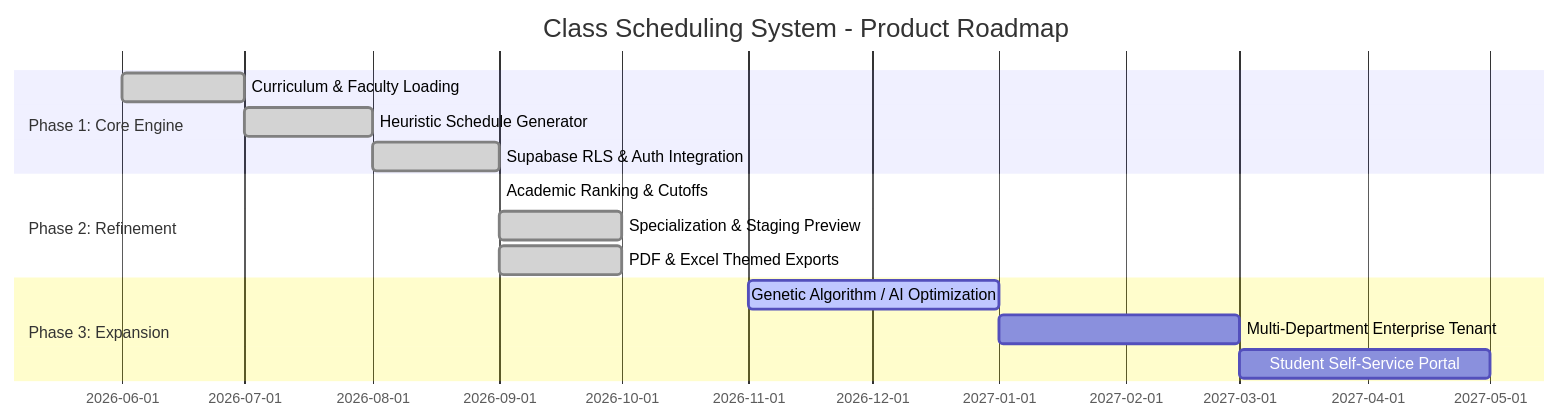
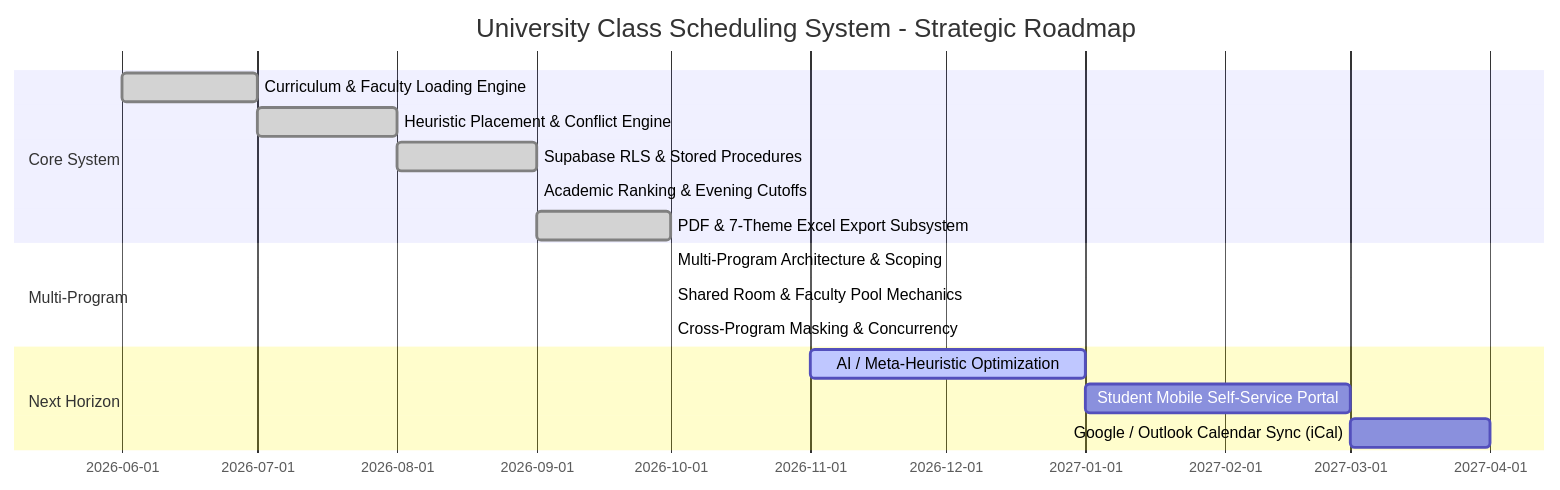
The fifth of 5 diagrams in PRD.md (YANAMI03/ClassScheduling), drawn with Mermaid before and after one commit. The commit also changed other lines of this file and 36 other files, not shown here.

````diff
--- a/PRD.md
+++ b/PRD.md
@@ -587,19 +666,21 @@
 ```mermaid
 gantt
-    title Class Scheduling System - Product Roadmap
+    title University Class Scheduling System - Strategic Roadmap
     dateFormat  YYYY-MM
-    section Phase 1: Core Engine
-    Curriculum & Faculty Loading        :done, des1, 2026-06, 2026-07
-    Heuristic Schedule Generator         :done, des2, 2026-07, 2026-08
-    Supabase RLS & Auth Integration     :done, des3, 2026-08, 2026-09
+    section Core System
+    Curriculum & Faculty Loading Engine  :done, m1, 2026-06, 2026-07
+    Heuristic Placement & Conflict Engine :done, m2, 2026-07, 2026-08
+    Supabase RLS & Stored Procedures     :done, m3, 2026-08, 2026-09
+    Academic Ranking & Evening Cutoffs   :done, m4, 2026-09, 2026-09
+    PDF & 7-Theme Excel Export Subsystem :done, m5, 2026-09, 2026-10
 
-    section Phase 2: Refinement
-    Academic Ranking & Cutoffs          :done, des4, 2026-09, 2026-09
-    Specialization & Staging Preview    :done, des5, 2026-09, 2026-10
-    PDF & Excel Themed Exports          :done, des6, 2026-09, 2026-10
+    section Multi-Program
+    Multi-Program Architecture & Scoping :done, m6, 2026-10, 2026-10
+    Shared Room & Faculty Pool Mechanics :done, m7, 2026-10, 2026-10
+    Cross-Program Masking & Concurrency  :done, m8, 2026-10, 2026-10
 
-    section Phase 3: Expansion
-    Genetic Algorithm / AI Optimization :active, des7, 2026-11, 2027-01
-    Multi-Department Enterprise Tenant  :des8, 2027-01, 2027-03
-    Student Self-Service Portal         :des9, 2027-03, 2027-05
+    section Next Horizon
+    AI / Meta-Heuristic Optimization    :active, m9, 2026-11, 2027-01
+    Student Mobile Self-Service Portal   :m10, 2027-01, 2027-03
+    Google / Outlook Calendar Sync (iCal):m11, 2027-03, 2027-04
 ```
````
